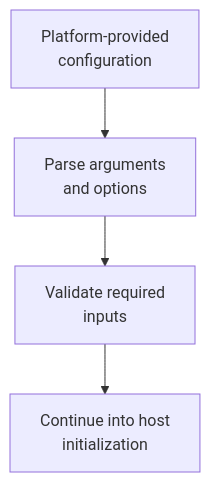
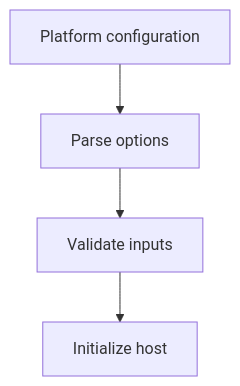
The seventh of 9 diagrams in docs/architecture/Host.md (Aelbannan/boat_of_daphnes), drawn with Mermaid before and after one commit. The commit also changed other lines of this file, not shown here.

Commit message:
Simplify Host diagram labels

````diff
--- a/docs/architecture/Host.md
+++ b/docs/architecture/Host.md
@@ -234,13 +202,9 @@
 ```mermaid
 flowchart TD
-    Input["`Platform-provided
-configuration`"]
-    Parse["`Parse arguments
-and options`"]
-    Validate["`Validate required
-inputs`"]
-    Init["`Continue into host
-initialization`"]
+    Input["Platform configuration"]
+    Parse["Parse options"]
+    Validate["Validate inputs"]
+    Init["Initialize host"]
 
     Input --> Parse --> Validate --> Init
 ```
````
